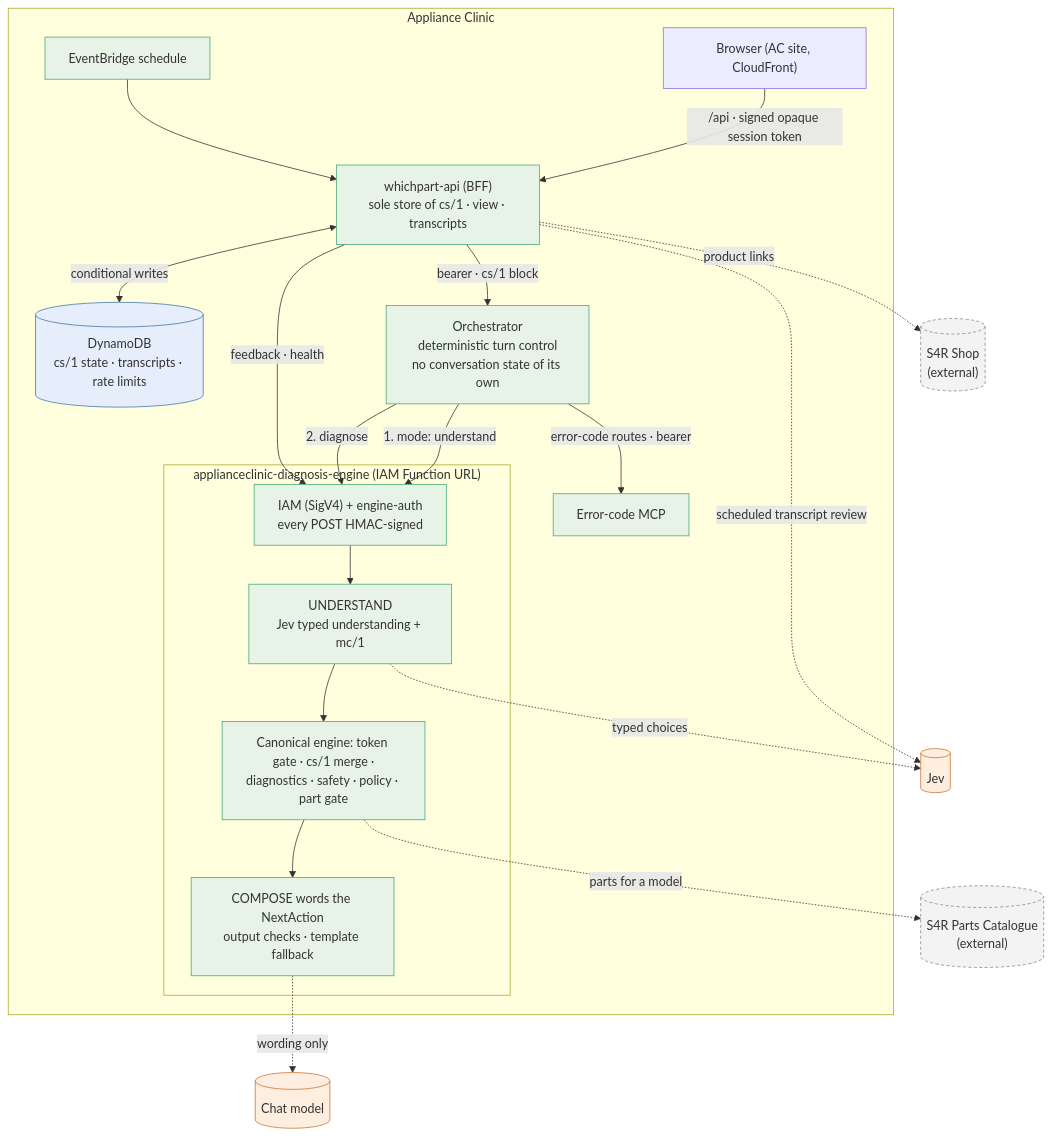
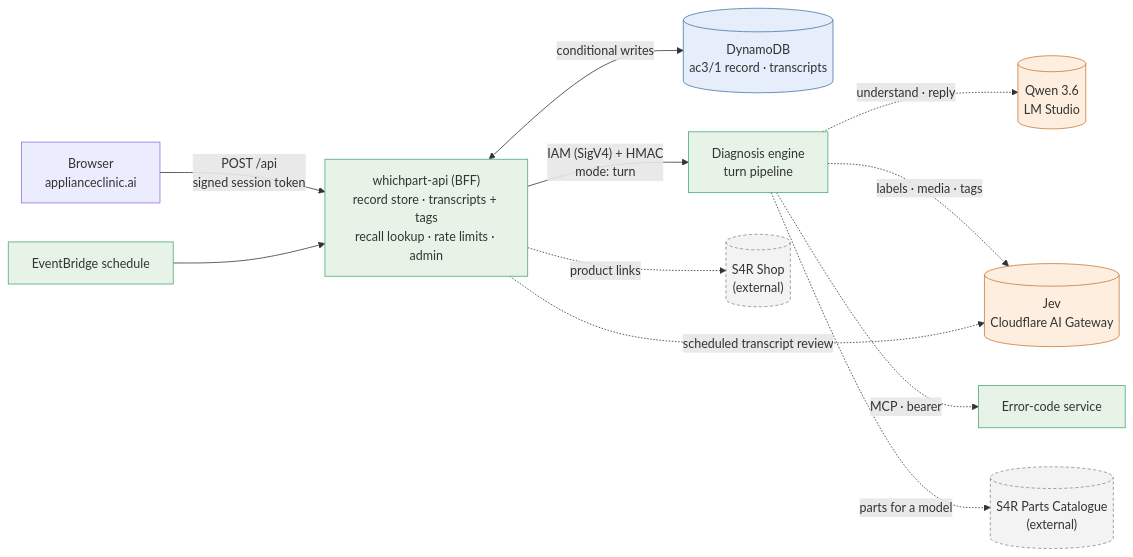
One commit to timdodgson/appliance-clinic changed the first of 5 diagrams in docs/architecture/overview.md. Above: the diagram before and after it, drawn with Mermaid. The commit also changed other lines of this file and 14 other files, not shown here.

Commit message:
Docs: architecture overview with diagrams, README, ADR 0021, project story, contributing; realism audit of the independent 100; real-journeys-13 add-on set; harness system ac3

````diff
--- a/docs/architecture/overview.md
+++ b/docs/architecture/overview.md
@@ -16,31 +20,21 @@
 ```mermaid
-flowchart TB
-  subgraph AC["Appliance Clinic"]
-    B["Browser (AC site, CloudFront)"] -->|"/api · signed opaque session token"| W["whichpart-api (BFF)<br/>sole store of cs/1 · view · transcripts"]
-    W <-->|"conditional writes"| D[("DynamoDB<br/>cs/1 state · transcripts · rate limits")]
-    W -->|"bearer · cs/1 block"| O["Orchestrator<br/>deterministic turn control<br/>no conversation state of its own"]
-    O -->|"1. mode: understand"| GATE
-    O -->|"2. diagnose"| GATE
-    O -->|"error-code routes · bearer"| M["Error-code MCP"]
-    W -->|"feedback · health"| GATE
-    T["EventBridge schedule"] --> W
-    subgraph ENG["applianceclinic-diagnosis-engine (IAM Function URL)"]
-      GATE["IAM (SigV4) + engine-auth<br/>every POST HMAC-signed"] --> U["UNDERSTAND<br/>Jev typed understanding + mc/1"]
-      U --> C["Canonical engine: token gate · cs/1 merge ·<br/>diagnostics · safety · policy · part gate"]
-      C --> P["COMPOSE words the NextAction<br/>output checks · template fallback"]
-    end
-  end
-  U -.->|"typed choices"| J[("Jev")]
-  P -.->|"wording only"| L[("Chat model")]
+flowchart LR
+  B["Browser<br/>applianceclinic.ai"] -->|"POST /api<br/>signed session token"| W["whichpart-api (BFF)<br/>record store · transcripts + tags<br/>recall lookup · rate limits · admin"]
+  W <-->|"conditional writes"| D[("DynamoDB<br/>ac3/1 record · transcripts")]
+  W -->|"IAM (SigV4) + HMAC<br/>mode: turn"| E["Diagnosis engine<br/>turn pipeline"]
+  E -.->|"understand · reply"| Q[("Qwen 3.6<br/>LM Studio")]
+  E -.->|"labels · media · tags"| J[("Jev<br/>Cloudflare AI Gateway")]
+  E -.->|"MCP · bearer"| X["Error-code service"]
+  E -.->|"parts for a model"| C[("S4R Parts Catalogue<br/>(external)")]
+  W -.->|"product links"| S[("S4R Shop<br/>(external)")]
+  T["EventBridge schedule"] --> W
   W -.->|"scheduled transcript review"| J
-  C -.->|"parts for a model"| PC[("S4R Parts Catalogue<br/>(external)")]
-  W -.->|"product links"| SH[("S4R Shop<br/>(external)")]
   classDef det fill:#e8f3e8,stroke:#4a7;
   classDef model fill:#fdeee0,stroke:#c73;
   classDef state fill:#e6eefb,stroke:#47a;
   classDef ext fill:#f3f3f3,stroke:#888,stroke-dasharray: 4 3;
-  class W,O,M,GATE,U,C,P,T det
-  class J,L model
+  class W,E,X,T det
+  class Q,J model
   class D state
-  class PC,SH ext
+  class C,S ext
 ```
````
